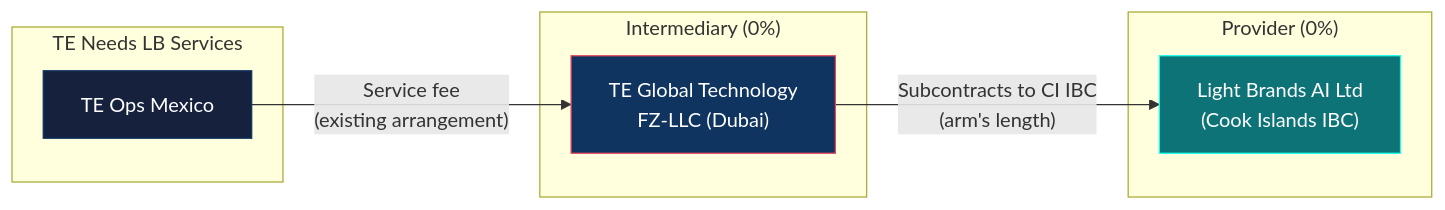
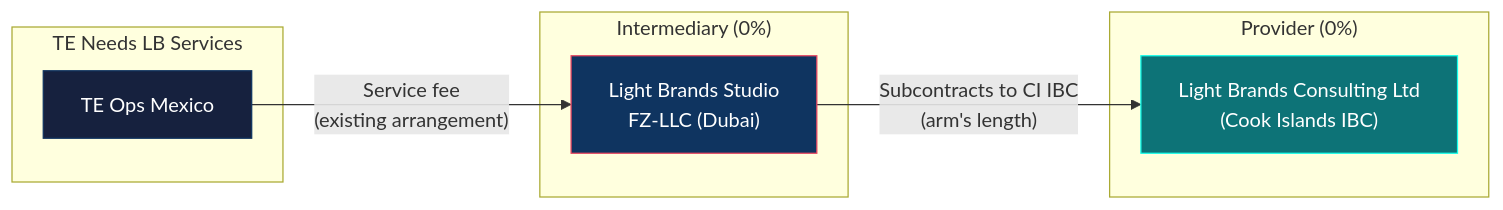
One commit to Light-Brands/epic-center changed the fifth of 5 diagrams in docs/tax-structure/07-ECOSYSTEM-ARCHITECTURE.md. Above: the diagram before and after it, drawn with Mermaid. The commit also changed other lines of this file and 7 other files, not shown here.

First line of the commit message:
Rename entities: Light Brands Studio (UAE) + Light Brands Consulting (CI IBC)

````diff
--- a/docs/tax-structure/07-ECOSYSTEM-ARCHITECTURE.md
+++ b/docs/tax-structure/07-ECOSYSTEM-ARCHITECTURE.md
@@ -179,21 +179,21 @@
 ```mermaid
 graph LR
     subgraph "TE Needs LB Services"
         MEX2["TE Ops Mexico"]
     end
 
     subgraph "Intermediary (0%)"
-        UAE4["TE Global Technology<br/>FZ-LLC (Dubai)"]
+        UAE4["Light Brands Studio<br/>FZ-LLC (Dubai)"]
     end
 
     subgraph "Provider (0%)"
-        CI3["Light Brands AI Ltd<br/>(Cook Islands IBC)"]
+        CI3["Light Brands Consulting Ltd<br/>(Cook Islands IBC)"]
     end
 
     MEX2 -->|"Service fee<br/>(existing arrangement)"| UAE4
     UAE4 -->|"Subcontracts to CI IBC<br/>(arm's length)"| CI3
 
     style MEX2 fill:#16213e,stroke:#0f3460,color:#fff
     style UAE4 fill:#0f3460,stroke:#e94560,color:#fff
     style CI3 fill:#0d7377,stroke:#14ffec,color:#fff
 ```
````
